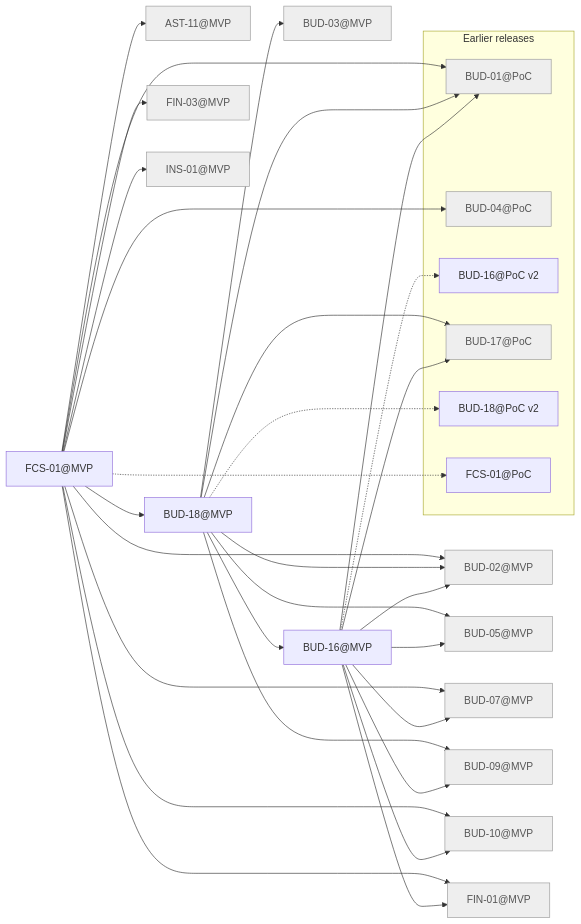
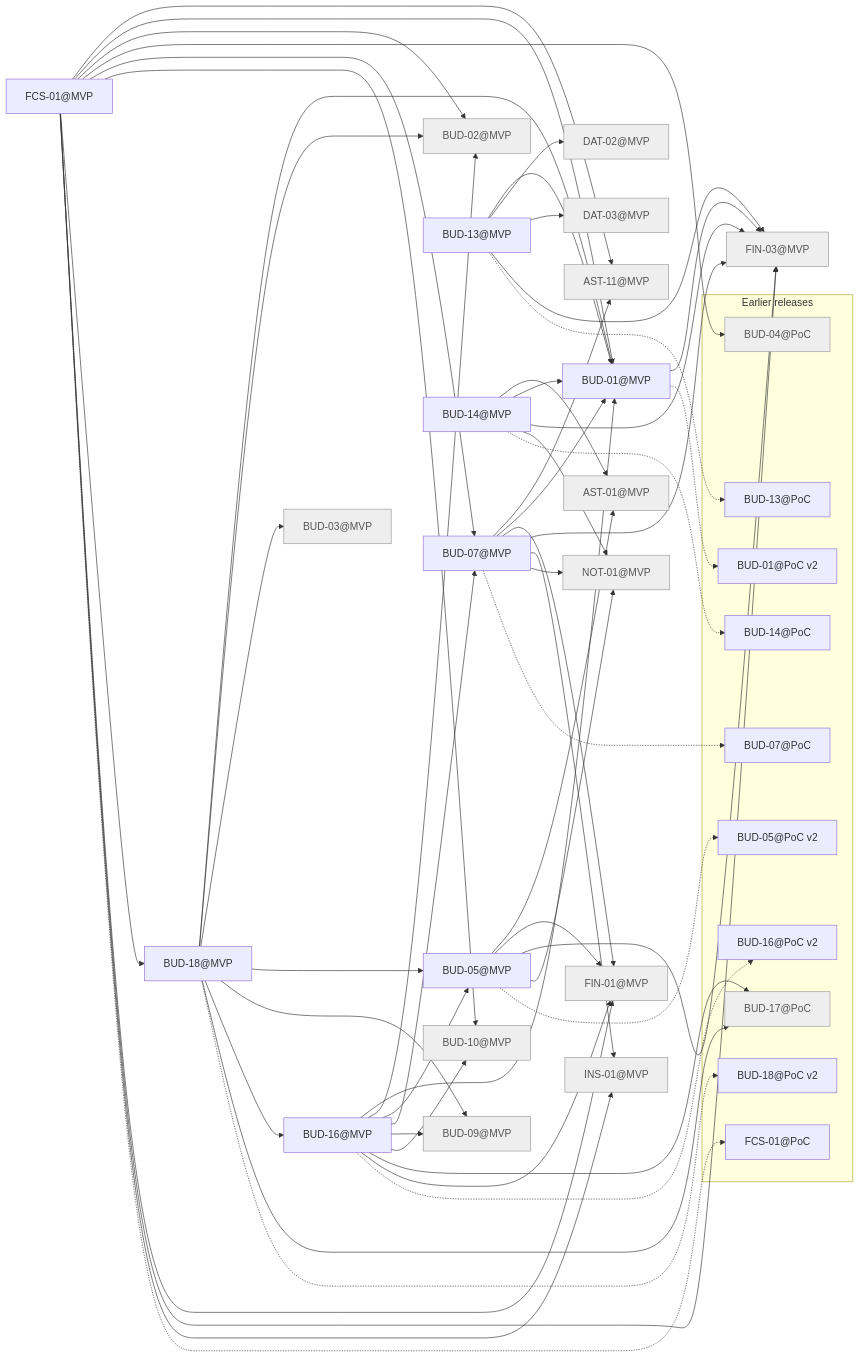
The diagram in docs/traceability/release-mvp.md (minakovval/Willowsum), drawn with Mermaid before and after one commit. The commit also changed other lines of this file and 37 other files, not shown here.

````diff
--- a/docs/traceability/release-mvp.md
+++ b/docs/traceability/release-mvp.md
@@ -19,27 +24,62 @@
 ```mermaid
 flowchart LR
+  AST_01_MVP["AST-01@MVP"]
   AST_11_MVP["AST-11@MVP"]
+  BUD_01_MVP["BUD-01@MVP"]
   BUD_02_MVP["BUD-02@MVP"]
   BUD_03_MVP["BUD-03@MVP"]
   BUD_05_MVP["BUD-05@MVP"]
   BUD_07_MVP["BUD-07@MVP"]
   BUD_09_MVP["BUD-09@MVP"]
   BUD_10_MVP["BUD-10@MVP"]
+  BUD_13_MVP["BUD-13@MVP"]
+  BUD_14_MVP["BUD-14@MVP"]
   BUD_16_MVP["BUD-16@MVP"]
   BUD_18_MVP["BUD-18@MVP"]
+  DAT_02_MVP["DAT-02@MVP"]
+  DAT_03_MVP["DAT-03@MVP"]
   FCS_01_MVP["FCS-01@MVP"]
   FIN_01_MVP["FIN-01@MVP"]
   FIN_03_MVP["FIN-03@MVP"]
   INS_01_MVP["INS-01@MVP"]
+  NOT_01_MVP["NOT-01@MVP"]
   subgraph earlier["Earlier releases"]
-    BUD_01_PoC["BUD-01@PoC"]
+    BUD_01_PoC_v2["BUD-01@PoC v2"]
     BUD_04_PoC["BUD-04@PoC"]
+    BUD_05_PoC_v2["BUD-05@PoC v2"]
+    BUD_07_PoC["BUD-07@PoC"]
+    BUD_13_PoC["BUD-13@PoC"]
+    BUD_14_PoC["BUD-14@PoC"]
     BUD_16_PoC_v2["BUD-16@PoC v2"]
     BUD_17_PoC["BUD-17@PoC"]
     BUD_18_PoC_v2["BUD-18@PoC v2"]
     FCS_01_PoC["FCS-01@PoC"]
   end
-  BUD_16_MVP --> BUD_01_PoC
+  BUD_01_MVP --> FIN_03_MVP
+  BUD_01_MVP -.-> BUD_01_PoC_v2
+  BUD_05_MVP --> AST_01_MVP
+  BUD_05_MVP --> FIN_01_MVP
+  BUD_05_MVP --> FIN_03_MVP
+  BUD_05_MVP --> NOT_01_MVP
+  BUD_05_MVP -.-> BUD_05_PoC_v2
+  BUD_07_MVP --> AST_11_MVP
+  BUD_07_MVP --> BUD_01_MVP
+  BUD_07_MVP --> FIN_01_MVP
+  BUD_07_MVP --> FIN_03_MVP
+  BUD_07_MVP --> INS_01_MVP
+  BUD_07_MVP --> NOT_01_MVP
+  BUD_07_MVP -.-> BUD_07_PoC
+  BUD_13_MVP --> BUD_01_MVP
+  BUD_13_MVP --> DAT_02_MVP
+  BUD_13_MVP --> DAT_03_MVP
+  BUD_13_MVP --> FIN_03_MVP
+  BUD_13_MVP -.-> BUD_13_PoC
+  BUD_14_MVP --> AST_01_MVP
+  BUD_14_MVP --> BUD_01_MVP
+  BUD_14_MVP --> FIN_03_MVP
+  BUD_14_MVP --> NOT_01_MVP
+  BUD_14_MVP -.-> BUD_14_PoC
+  BUD_16_MVP --> BUD_01_MVP
   BUD_16_MVP --> BUD_02_MVP
   BUD_16_MVP --> BUD_05_MVP
   BUD_16_MVP --> BUD_07_MVP
@@ -48,7 +88,7 @@
   BUD_16_MVP --> BUD_17_PoC
   BUD_16_MVP --> FIN_01_MVP
   BUD_16_MVP -.-> BUD_16_PoC_v2
-  BUD_18_MVP --> BUD_01_PoC
+  BUD_18_MVP --> BUD_01_MVP
   BUD_18_MVP --> BUD_02_MVP
   BUD_18_MVP --> BUD_03_MVP
   BUD_18_MVP --> BUD_05_MVP
@@ -57,7 +97,7 @@
   BUD_18_MVP --> BUD_17_PoC
   BUD_18_MVP -.-> BUD_18_PoC_v2
   FCS_01_MVP --> AST_11_MVP
-  FCS_01_MVP --> BUD_01_PoC
+  FCS_01_MVP --> BUD_01_MVP
   FCS_01_MVP --> BUD_02_MVP
   FCS_01_MVP --> BUD_04_PoC
   FCS_01_MVP --> BUD_07_MVP
@@ -68,5 +108,5 @@
   FCS_01_MVP --> INS_01_MVP
   FCS_01_MVP -.-> FCS_01_PoC
   classDef notMigrated fill:#eee,stroke:#999,color:#555
-  class AST_11_MVP,BUD_01_PoC,BUD_02_MVP,BUD_03_MVP,BUD_04_PoC,BUD_05_MVP,BUD_07_MVP,BUD_09_MVP,BUD_10_MVP,BUD_17_PoC,FIN_01_MVP,FIN_03_MVP,INS_01_MVP notMigrated
+  class AST_01_MVP,AST_11_MVP,BUD_02_MVP,BUD_03_MVP,BUD_04_PoC,BUD_09_MVP,BUD_10_MVP,BUD_17_PoC,DAT_02_MVP,DAT_03_MVP,FIN_01_MVP,FIN_03_MVP,INS_01_MVP,NOT_01_MVP notMigrated
 ```
````
